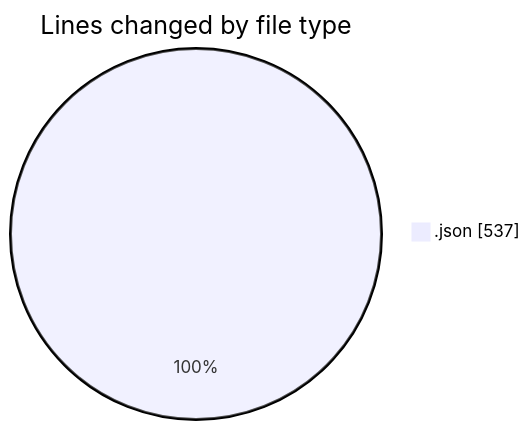
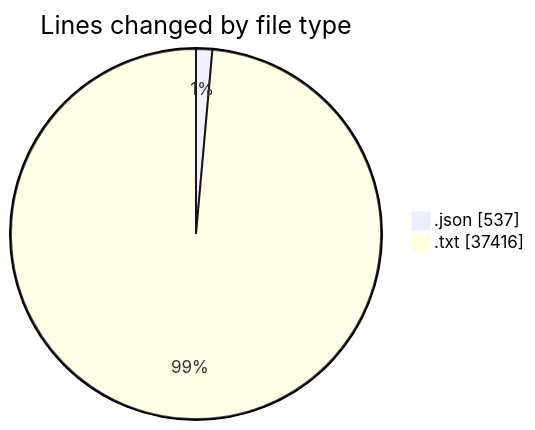
Before and after one commit to EIIisD/code-tracking: the first of 2 diagrams in 2025-08-04/hdr/README.md, drawn with Mermaid. The commit also changed other lines of this file and 1 other file, not shown here.

````diff
--- a/2025-08-04/hdr/README.md
+++ b/2025-08-04/hdr/README.md
@@ -20,5 +21,6 @@
 ```mermaid
 pie showData
 title Lines changed by file type
 ".json" : 537
+".txt" : 37416
 ```
````
